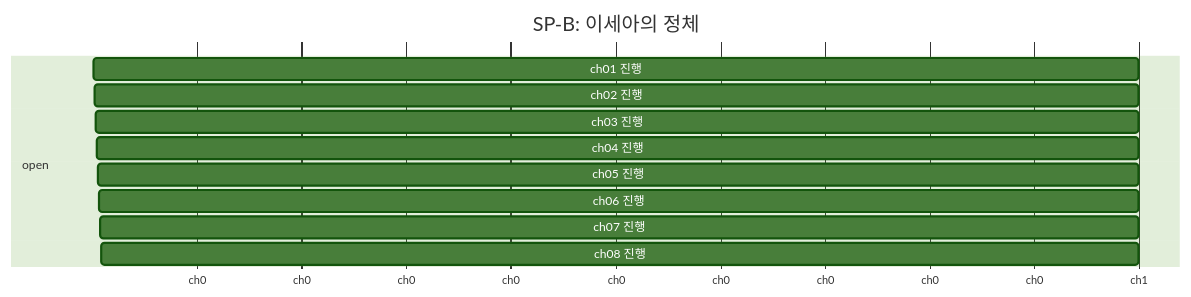
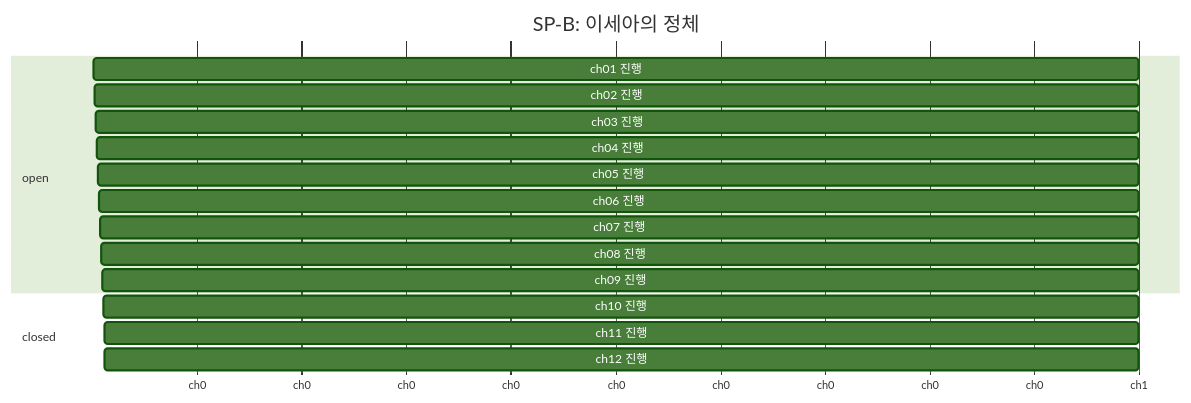
One commit to hansangho/novelai changed the second of 6 diagrams in examples/shanghai-shadow/build/visualizations/sp-tracking.md. Above: the diagram before and after it, drawn with Mermaid (forest theme). The commit also changed other lines of this file and 34 other files, not shown here.

````diff
--- a/examples/shanghai-shadow/build/visualizations/sp-tracking.md
+++ b/examples/shanghai-shadow/build/visualizations/sp-tracking.md
@@ -52,22 +68,30 @@
 ```mermaid
 gantt
     title SP-B: 이세아의 정체
     dateFormat X
     axisFormat ch%s
     section open
     ch01 진행 :1, 1
     section open
     ch02 진행 :2, 1
     section open
     ch03 진행 :3, 1
     section open
     ch04 진행 :4, 1
     section open
     ch05 진행 :5, 1
     section open
     ch06 진행 :6, 1
     section open
     ch07 진행 :7, 1
     section open
     ch08 진행 :8, 1
+    section open
+    ch09 진행 :9, 1
+    section closed
+    ch10 진행 :10, 1
+    section closed
+    ch11 진행 :11, 1
+    section closed
+    ch12 진행 :12, 1
 ```
````
